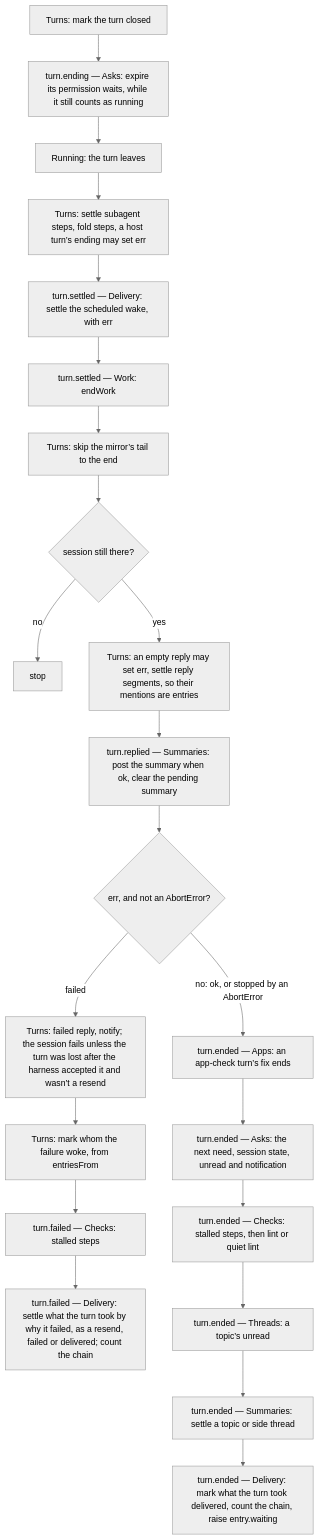
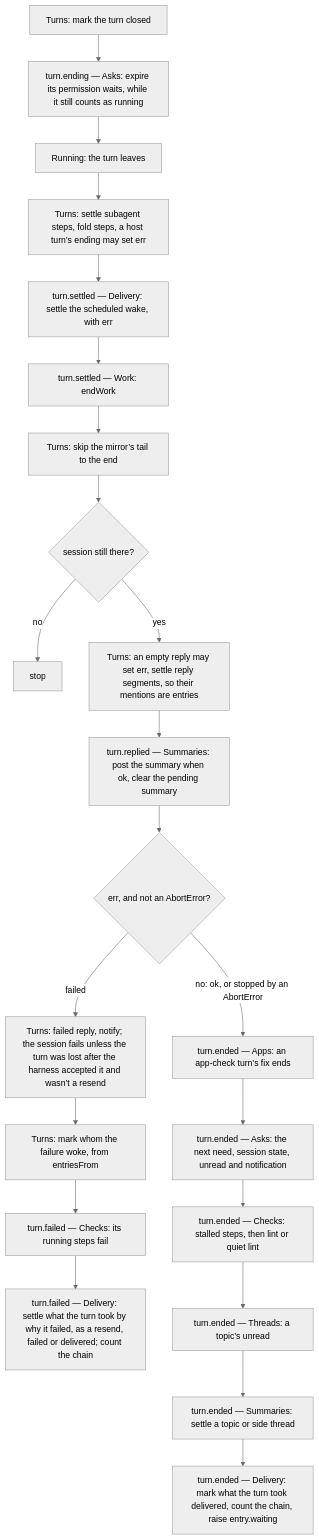
One commit to HJeon139/postbox changed the fourth of 5 diagrams in designs/architecture/services.md. Above: the diagram before and after it, drawn with Mermaid (neutral theme). The commit also changed 4 other files, not shown here.

First line of the commit message:
fix(checks): a failed turn leaves its running progress steps failed, not stalled

````diff
--- a/designs/architecture/services.md
+++ b/designs/architecture/services.md
@@ -428,24 +428,24 @@
 ```mermaid
 flowchart TD
   A[Turns: mark the turn closed] --> B[turn.ending — Asks: expire its permission waits, while it still counts as running]
   B --> C[Running: the turn leaves]
   C --> D[Turns: settle subagent steps, fold steps, a host turn’s ending may set err]
   D --> E[turn.settled — Delivery: settle the scheduled wake, with err]
   E --> F[turn.settled — Work: endWork]
   F --> G0[Turns: skip the mirror’s tail to the end]
   G0 --> S{session still there?}
   S -->|no| Z[stop]
   S -->|yes| G[Turns: an empty reply may set err, settle reply segments, so their mentions are entries]
   G --> H[turn.replied — Summaries: post the summary when ok, clear the pending summary]
   H --> I{err, and not an AbortError?}
   I -->|failed| K[Turns: failed reply, notify; the session fails unless the turn was lost after the harness accepted it and wasn’t a resend]
   K --> L2[Turns: mark whom the failure woke, from entriesFrom]
-  L2 --> J[turn.failed — Checks: stalled steps]
+  L2 --> J[turn.failed — Checks: its running steps fail]
   J --> L4[turn.failed — Delivery: settle what the turn took by why it failed, as a resend, failed or delivered; count the chain]
   I -->|no: ok, or stopped by an AbortError| M[turn.ended — Apps: an app-check turn’s fix ends]
   M --> N[turn.ended — Asks: the next need, session state, unread and notification]
   N --> O[turn.ended — Checks: stalled steps, then lint or quiet lint]
   O --> P[turn.ended — Threads: a topic’s unread]
   P --> Q[turn.ended — Summaries: settle a topic or side thread]
   Q --> R[turn.ended — Delivery: mark what the turn took delivered, count the chain, raise entry.waiting]
 ```
````
